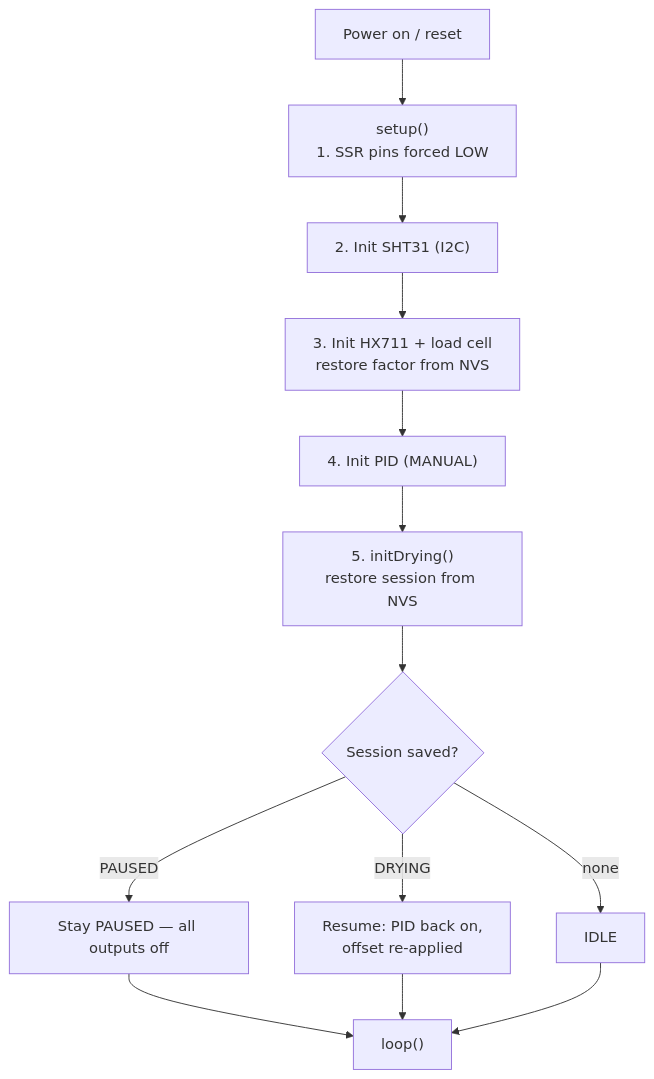
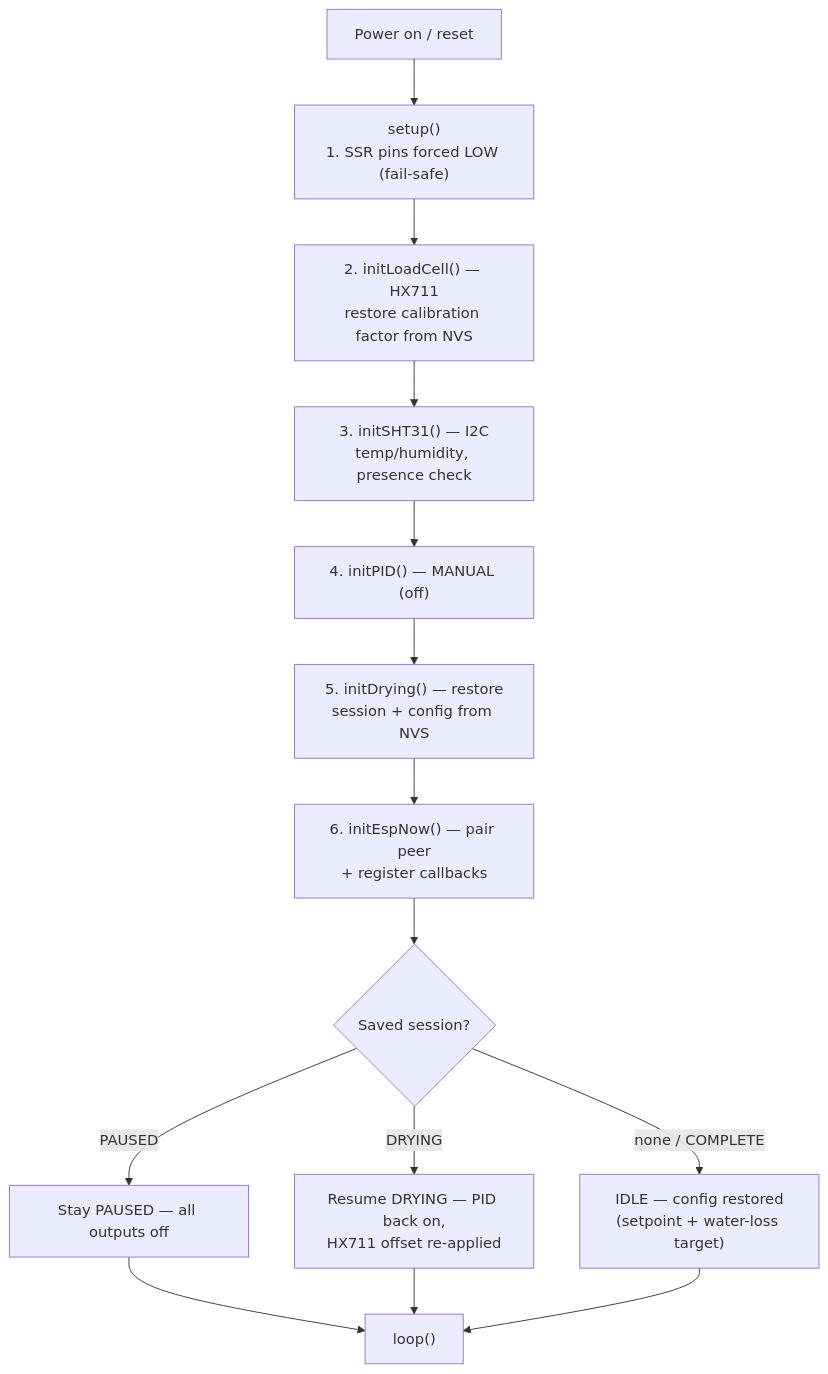
Before and after one commit to qppd/multi-dryer: the first of 5 diagrams in docs/diagrams/flow-chart.md, drawn with Mermaid. The commit also changed other lines of this file and 7 other files, not shown here.

````diff
--- a/docs/diagrams/flow-chart.md
+++ b/docs/diagrams/flow-chart.md
@@ -9,15 +9,16 @@
 ```mermaid
 flowchart TD
-    A["Power on / reset"] --> B["setup()<br/>1. SSR pins forced LOW"]
-    B --> C["2. Init SHT31 (I2C)"]
-    C --> D["3. Init HX711 + load cell<br/>restore factor from NVS"]
-    D --> E["4. Init PID (MANUAL)"]
-    E --> F["5. initDrying()<br/>restore session from NVS"]
-    F --> G{"Session saved?"}
-    G -->|"PAUSED"| H["Stay PAUSED — all outputs off"]
-    G -->|"DRYING"| I["Resume: PID back on,<br/>offset re-applied"]
-    G -->|"none"| J["IDLE"]
-    H --> K["loop()"]
-    I --> K
-    J --> K
+    A["Power on / reset"] --> B["setup()<br/>1. SSR pins forced LOW (fail-safe)"]
+    B --> C["2. initLoadCell() — HX711<br/>restore calibration factor from NVS"]
+    C --> D["3. initSHT31() — I2C<br/>temp/humidity, presence check"]
+    D --> E["4. initPID() — MANUAL (off)"]
+    E --> F["5. initDrying() — restore<br/>session + config from NVS"]
+    F --> G["6. initEspNow() — pair peer<br/>+ register callbacks"]
+    G --> H{"Saved session?"}
+    H -->|"PAUSED"| I["Stay PAUSED — all outputs off"]
+    H -->|"DRYING"| J["Resume DRYING — PID back on,<br/>HX711 offset re-applied"]
+    H -->|"none / COMPLETE"| K["IDLE — config restored<br/>(setpoint + water-loss target)"]
+    I --> L["loop()"]
+    J --> L
+    K --> L
 ```
````
